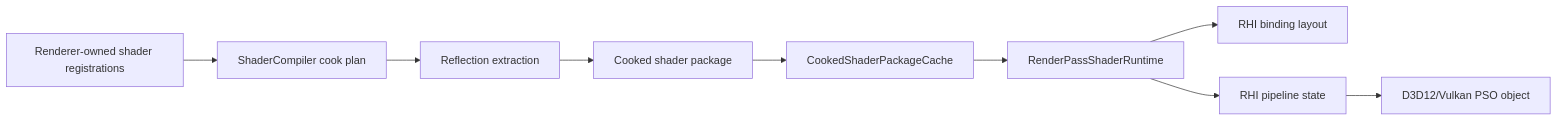
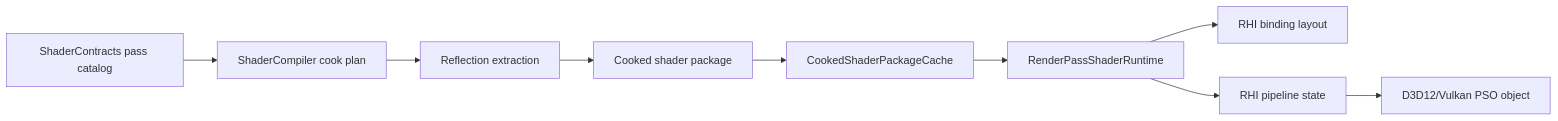
The third of 4 diagrams in docs/architecture/rendering-system-map.md (stoleckipawel/SparkleEngine), drawn with Mermaid before and after one commit. The commit also changed other lines of this file and 30 other files, not shown here.

Commit message:
refined global architecture docs

````diff
--- a/docs/architecture/rendering-system-map.md
+++ b/docs/architecture/rendering-system-map.md
@@ -142,21 +171,21 @@
 ```mermaid
 flowchart LR
-    Reg[Renderer-owned shader registrations]
+    Reg[ShaderContracts pass catalog]
     Cook[ShaderCompiler cook plan]
     Reflect[Reflection extraction]
     Package[Cooked shader package]
     Cache[CookedShaderPackageCache]
     Runtime[RenderPassShaderRuntime]
     Layout[RHI binding layout]
     PSO[RHI pipeline state]
     Backend[D3D12/Vulkan PSO object]
 
     Reg --> Cook
     Cook --> Reflect
     Reflect --> Package
     Package --> Cache
     Cache --> Runtime
     Runtime --> Layout
     Runtime --> PSO
     PSO --> Backend
 ```
````
